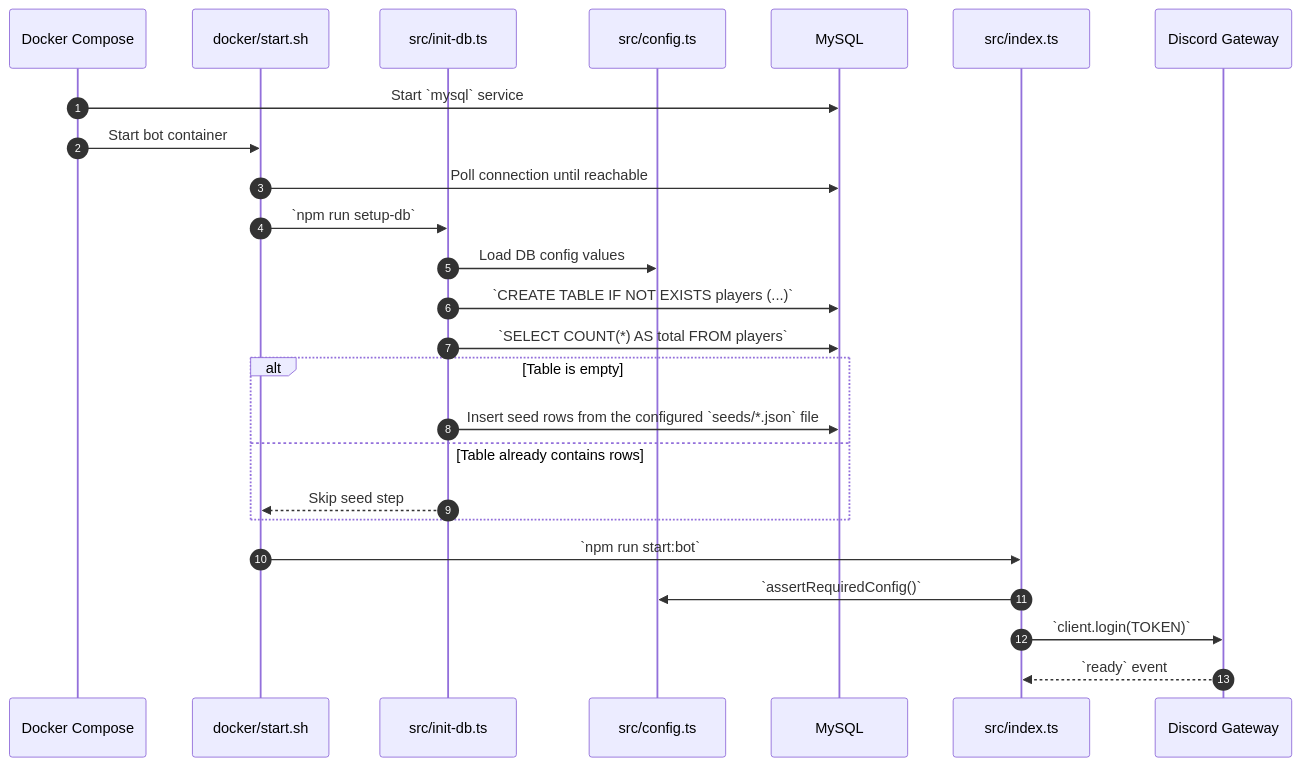
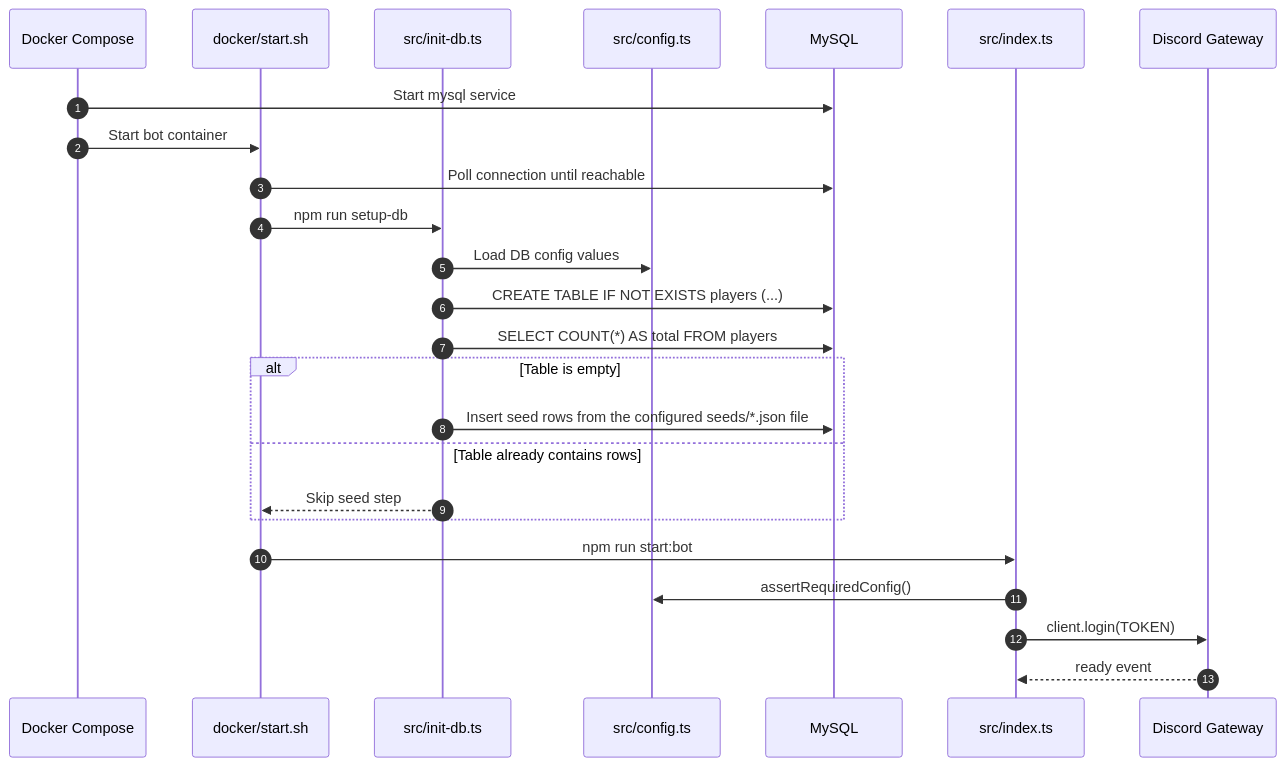
One commit to Ariel-Patino/discord-sort-players-dota changed the third of 8 diagrams in documents/ARCHITECTURE.md. Above: the diagram before and after it, drawn with Mermaid. The commit also changed other lines of this file, not shown here.

Commit message:
docs: fix mermaid syntax for GitHub rendering

````diff
--- a/documents/ARCHITECTURE.md
+++ b/documents/ARCHITECTURE.md
@@ -201,28 +201,28 @@
 ```mermaid
 sequenceDiagram
     autonumber
     participant Compose as Docker Compose
     participant Start as docker/start.sh
     participant Init as src/init-db.ts
     participant Config as src/config.ts
     participant DB as MySQL
     participant App as src/index.ts
     participant Discord as Discord Gateway
 
-    Compose->>DB: Start `mysql` service
+    Compose->>DB: Start mysql service
     Compose->>Start: Start bot container
     Start->>DB: Poll connection until reachable
-    Start->>Init: `npm run setup-db`
+    Start->>Init: npm run setup-db
     Init->>Config: Load DB config values
-    Init->>DB: `CREATE TABLE IF NOT EXISTS players (...)`
-    Init->>DB: `SELECT COUNT(*) AS total FROM players`
+    Init->>DB: CREATE TABLE IF NOT EXISTS players (...)
+    Init->>DB: SELECT COUNT(*) AS total FROM players
     alt Table is empty
-        Init->>DB: Insert seed rows from the configured `seeds/*.json` file
+        Init->>DB: Insert seed rows from the configured seeds/*.json file
     else Table already contains rows
         Init-->>Start: Skip seed step
     end
-    Start->>App: `npm run start:bot`
-    App->>Config: `assertRequiredConfig()`
-    App->>Discord: `client.login(TOKEN)`
-    Discord-->>App: `ready` event
+    Start->>App: npm run start:bot
+    App->>Config: assertRequiredConfig()
+    App->>Discord: client.login(TOKEN)
+    Discord-->>App: ready event
 ```
````
